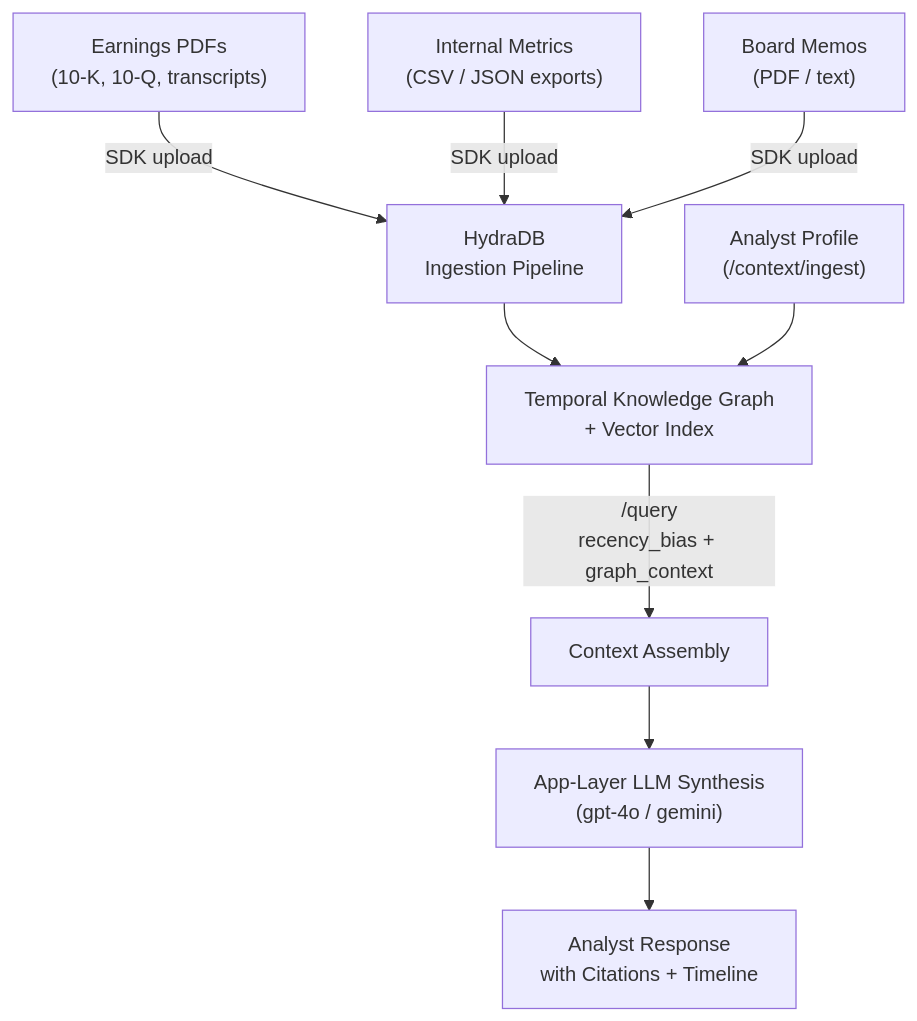
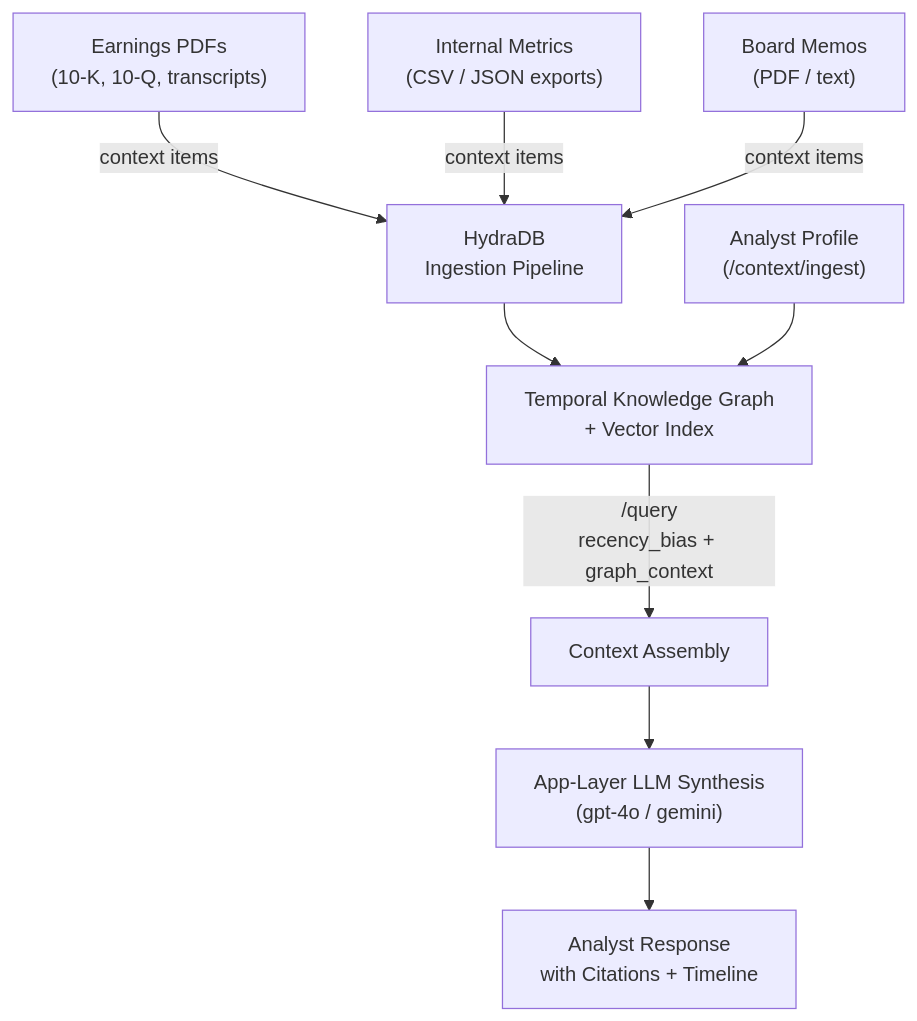
Before and after one commit to hydra-db/mintlify-docs: the diagram in cookbooks/v2/cookbook-10-ai-financial-analyst.mdx, drawn with Mermaid. The commit also changed other lines of this file and 13 other files, not shown here.

````diff
--- a/cookbooks/v2/cookbook-10-ai-financial-analyst.mdx
+++ b/cookbooks/v2/cookbook-10-ai-financial-analyst.mdx
@@ -62,11 +59,11 @@
 ```mermaid
 graph TD
-    A["Earnings PDFs\n(10-K, 10-Q, transcripts)"] -->|SDK upload| B["HydraDB\nIngestion Pipeline"]
-    C["Internal Metrics\n(CSV / JSON exports)"] -->|SDK upload| B
-    D["Board Memos\n(PDF / text)"] -->|SDK upload| B
+    A["Earnings PDFs\n(10-K, 10-Q, transcripts)"] -->|context items| B["HydraDB\nIngestion Pipeline"]
+    C["Internal Metrics\n(CSV / JSON exports)"] -->|context items| B
+    D["Board Memos\n(PDF / text)"] -->|context items| B
     B --> E["Temporal Knowledge Graph\n+ Vector Index"]
     F["Analyst Profile\n(/context/ingest)"] --> E
     E -->|"/query\nrecency_bias + graph_context"| G["Context Assembly"]
     G --> I["App-Layer LLM Synthesis\n(gpt-4o / gemini)"]
     I --> J["Analyst Response\nwith Citations + Timeline"]
 ```
````
